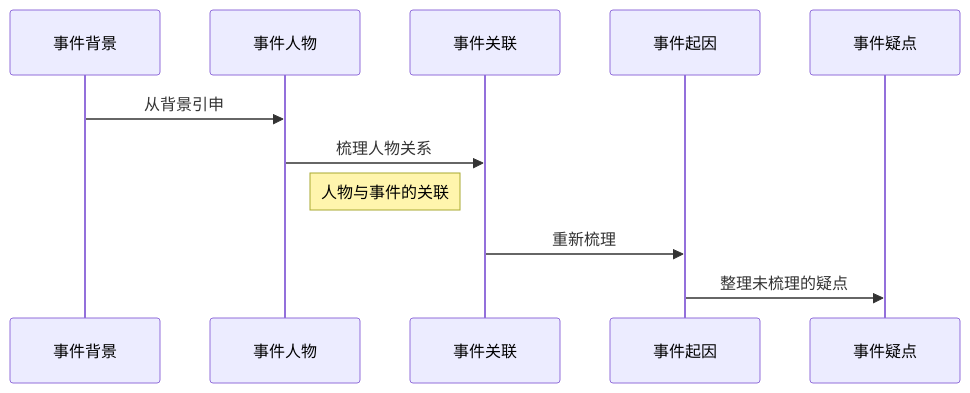
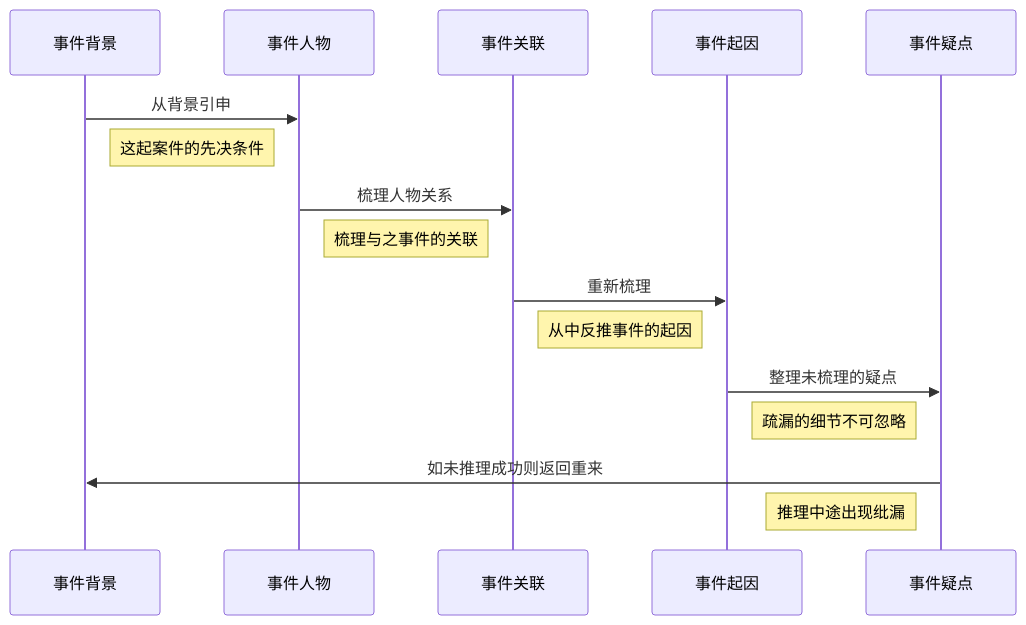
Before and after one commit to dexiaobu/Settings: the diagram in 设定板测试.md, drawn with Mermaid.

Commit message:
修改文件: 设定板测试.md

````diff
--- a/设定板测试.md
+++ b/设定板测试.md
@@ -167,8 +167,13 @@
 ```mermaid!
 sequenceDiagram
 事件背景->> 事件人物: 从背景引申
+Note right of 事件背景: 这起案件的先决条件
 事件人物->> 事件关联: 梳理人物关系
-Note right of 事件人物: 人物与事件的关联
+Note right of 事件人物: 梳理与之事件的关联
 事件关联->> 事件起因: 重新梳理
+Note right of 事件关联: 从中反推事件的起因
 事件起因->> 事件疑点: 整理未梳理的疑点
+Note right of 事件起因: 疏漏的细节不可忽略
+事件疑点->>事件背景: 如未推理成功则返回重来 
+Note left of 事件疑点: 推理中途出现纰漏
 ```
````
